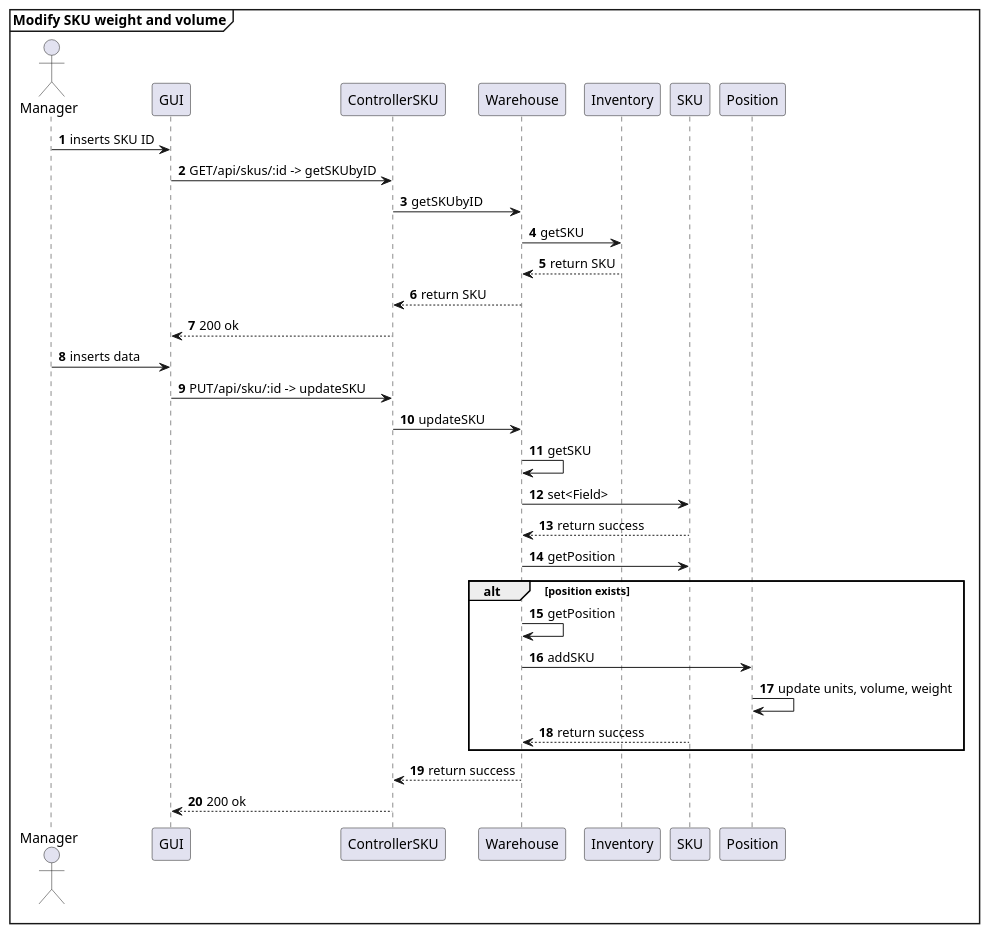
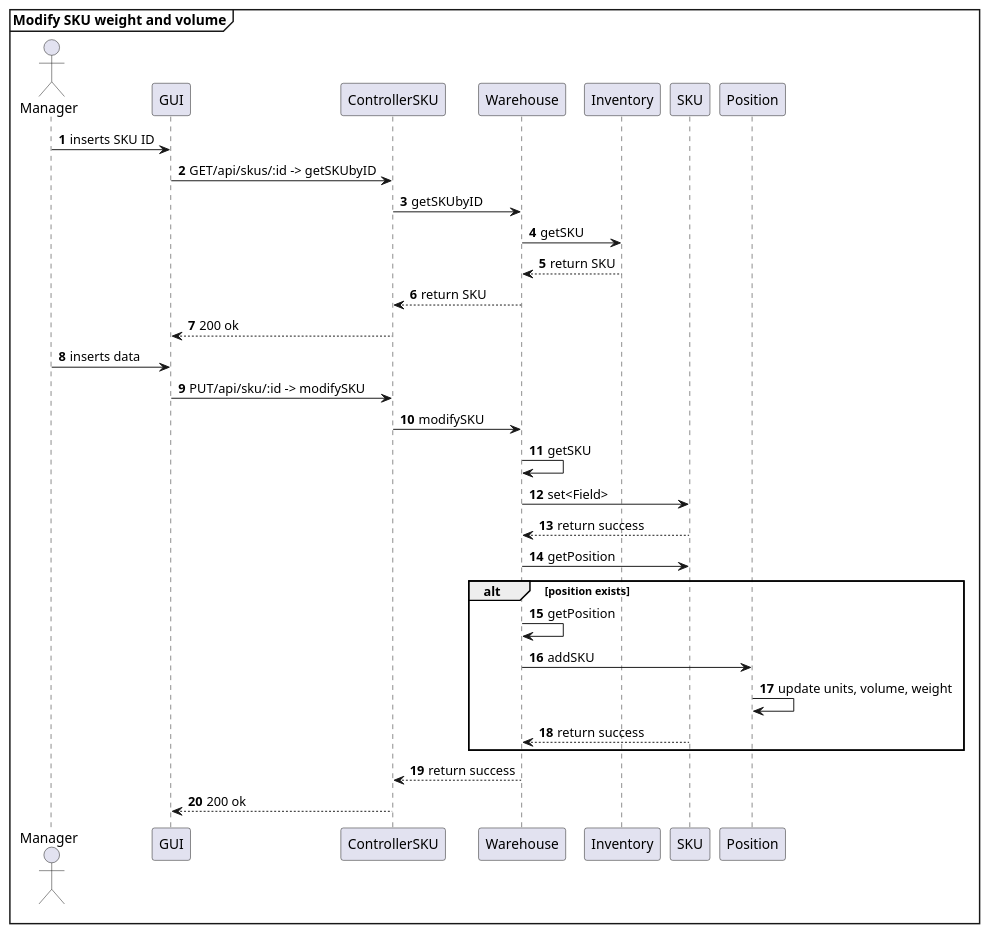
One commit to AlexZampa/EzWh changed the fifth of 31 diagrams in DesignDocument.md. Above: the diagram before and after it, drawn with PlantUML. The commit also changed other lines of this file, not shown here.

````diff
--- a/DesignDocument.md
+++ b/DesignDocument.md
@@ -565,36 +565,36 @@
 ```plantuml
 mainframe **Modify SKU weight and volume**
 actor Manager
 participant GUI
 participant ControllerSKU
 participant Warehouse
 participant Inventory
 participant SKU
 
 autonumber
 Manager -> GUI : inserts SKU ID
 GUI -> ControllerSKU :  GET/api/skus/:id -> getSKUbyID
 ControllerSKU -> Warehouse : getSKUbyID
 Warehouse -> Inventory : getSKU
 Warehouse <-- Inventory : return SKU
 ControllerSKU <-- Warehouse : return SKU
 GUI <-- ControllerSKU : 200 ok
 
 Manager -> GUI : inserts data
-GUI -> ControllerSKU : PUT/api/sku/:id -> updateSKU
-  ControllerSKU -> Warehouse : updateSKU
+GUI -> ControllerSKU : PUT/api/sku/:id -> modifySKU
+  ControllerSKU -> Warehouse : modifySKU
   Warehouse -> Warehouse : getSKU
   Warehouse -> SKU : set<Field>
   Warehouse <-- SKU : return success
   Warehouse -> SKU : getPosition
   alt position exists
     Warehouse -> Warehouse : getPosition
     Warehouse -> Position : addSKU
     Position -> Position : update units, volume, weight
     Warehouse <-- SKU : return success
   end alt  
 ControllerSKU <-- Warehouse : return success
 GUI <-- ControllerSKU : 200 ok
 
 @enduml
 ```
````
